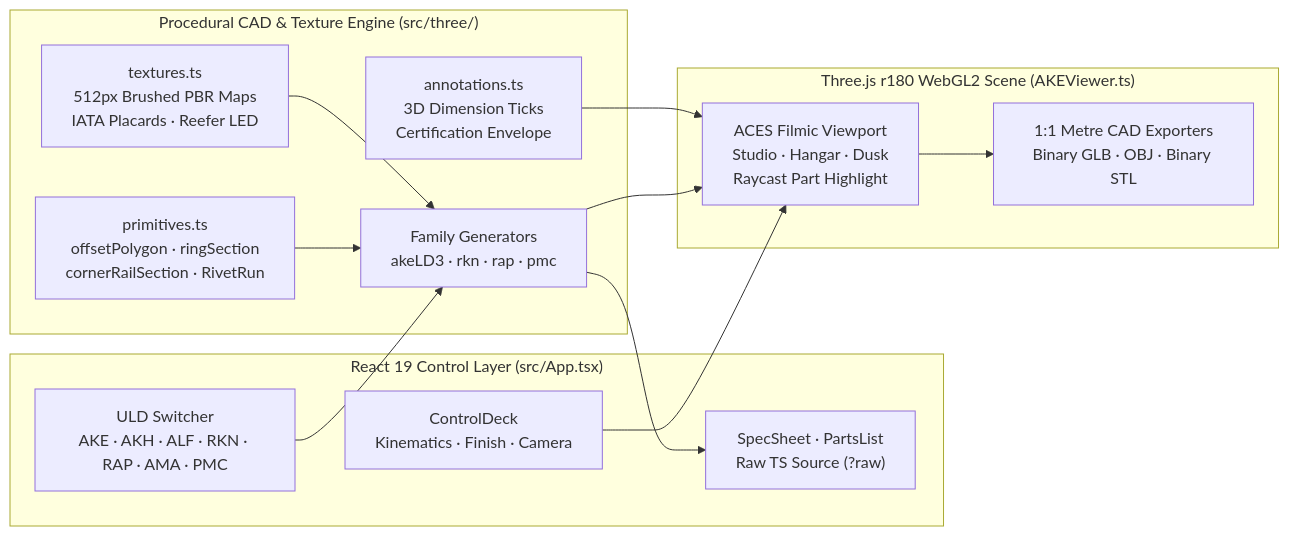
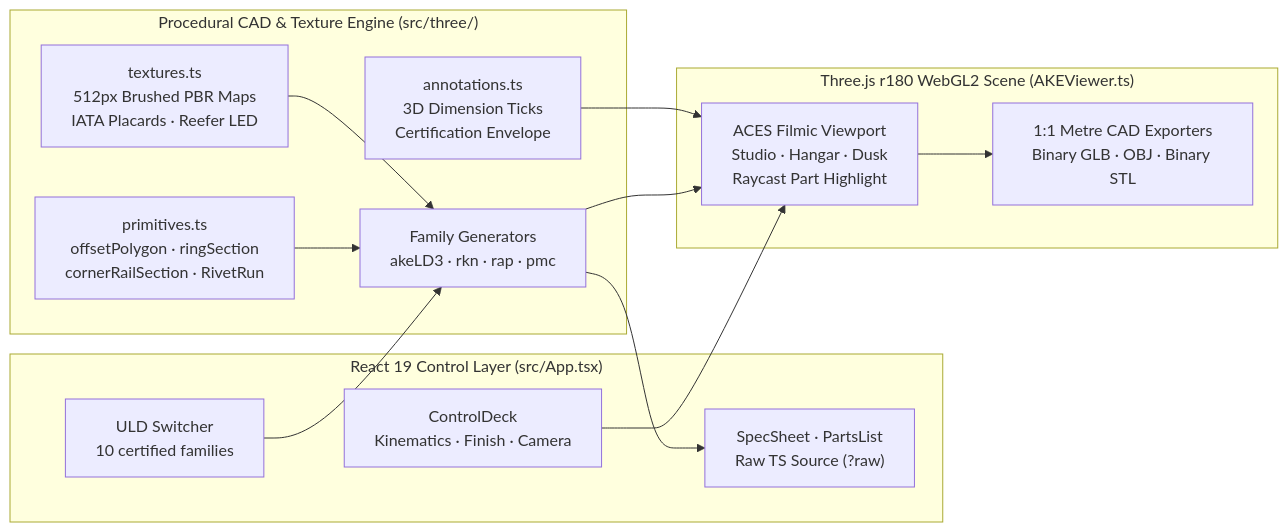
One commit to YASLOGIST/3D-Containers changed the diagram in README.md. Above: the diagram before and after it, drawn with Mermaid. The commit also changed other lines of this file and 12 other files, not shown here.

````diff
--- a/README.md
+++ b/README.md
@@ -148,29 +169,29 @@
 ```mermaid
 flowchart LR
   subgraph UI["React 19 Control Layer (src/App.tsx)"]
-    Switch["ULD Switcher\nAKE · AKH · ALF · RKN · RAP · AMA · PMC"]
+    Switch["ULD Switcher\n10 certified families"]
     Deck["ControlDeck\nKinematics · Finish · Camera"]
     Inspector["SpecSheet · PartsList\nRaw TS Source (?raw)"]
   end
 
   subgraph Kernel["Procedural CAD & Texture Engine (src/three/)"]
     Prim["primitives.ts\noffsetPolygon · ringSection\ncornerRailSection · RivetRun"]
     Gen["Family Generators\nakeLD3 · rkn · rap · pmc"]
     Tex["textures.ts\n512px Brushed PBR Maps\nIATA Placards · Reefer LED"]
     Ann["annotations.ts\n3D Dimension Ticks\nCertification Envelope"]
   end
 
   subgraph Runtime["Three.js r180 WebGL2 Scene (AKEViewer.ts)"]
     Scene["ACES Filmic Viewport\nStudio · Hangar · Dusk\nRaycast Part Highlight"]
     Export["1:1 Metre CAD Exporters\nBinary GLB · OBJ · Binary STL"]
   end
 
   Switch --> Gen
   Deck --> Scene
   Prim --> Gen
   Tex --> Gen
   Gen --> Scene
   Ann --> Scene
   Gen --> Inspector
   Scene --> Export
 ```
````
